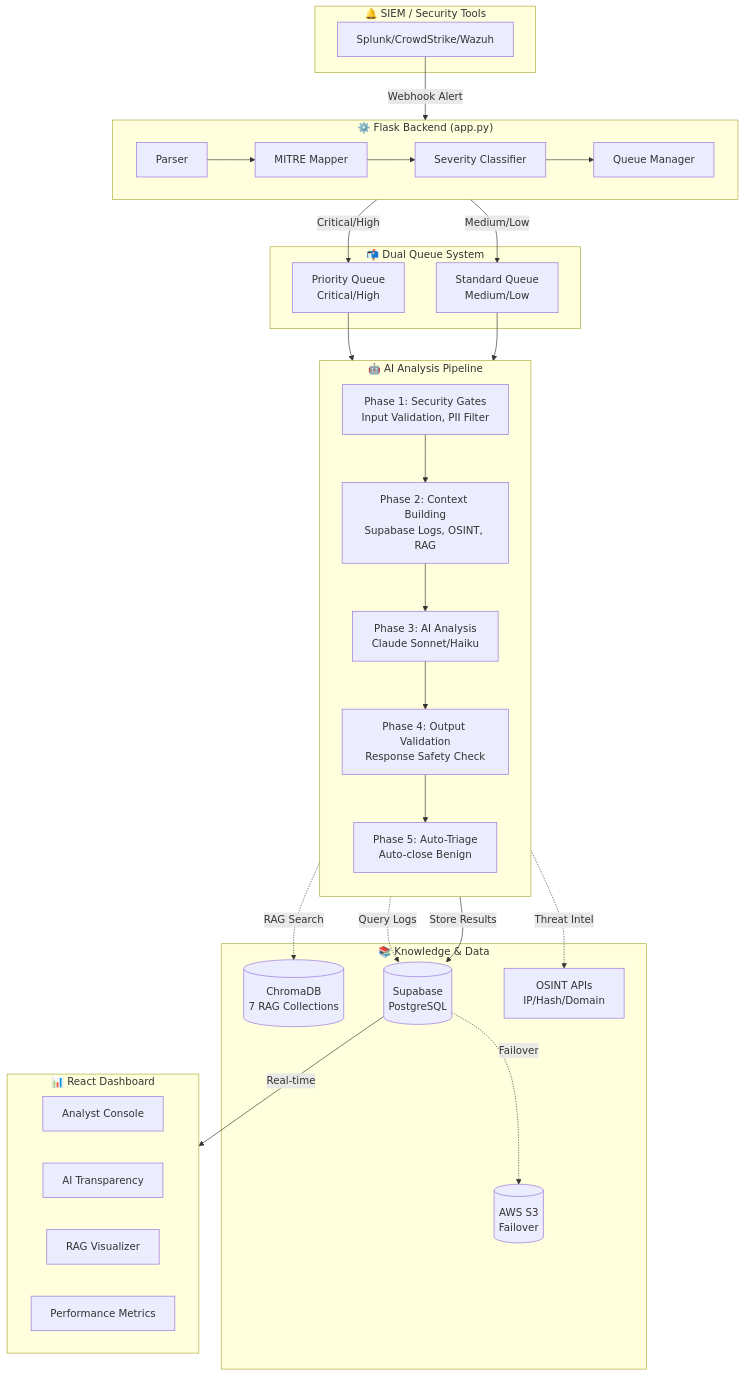
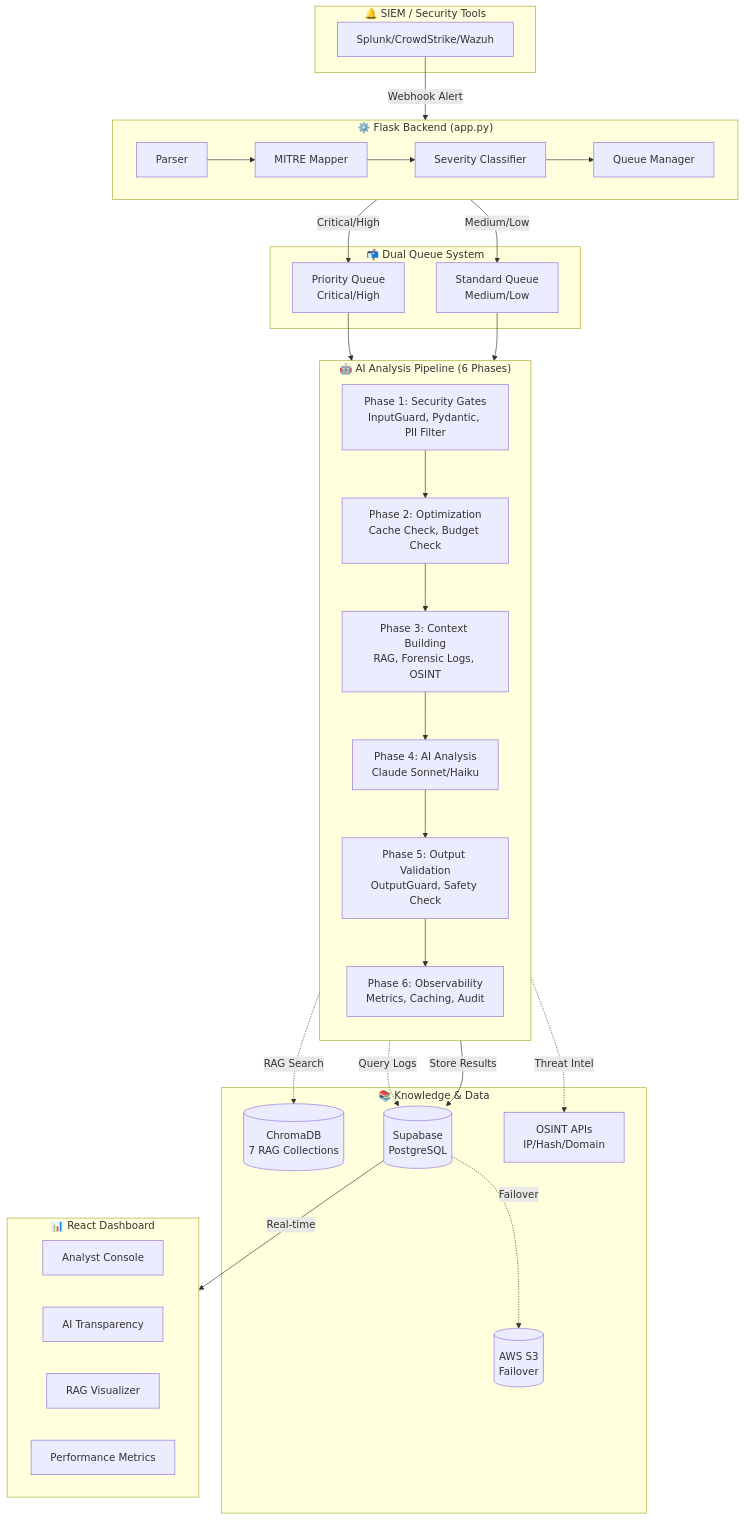
Before and after one commit to karanam61/LLM-watchdog-prototype: the diagram in README.md, drawn with Mermaid. The commit also changed other lines of this file and 1 other file, not shown here.

Commit message:
fix: correct AI pipeline diagram to 6 phases (was incorrectly showing 5)
- Phase 1: Security Gates (InputGuard, Pydantic, PII Filter)
- Phase 2: Optimization (Cache Check, Budget Check) - WAS MISSING
- Phase 3: Context Building (RAG, Forensic Logs, OSINT)
- Phase 4: AI Analysis (Claude Sonnet/Haiku)
- Phase 5: Output Validation (OutputGuard, Safety Check)
- Phase 6: Observability (Metrics, Caching, Audit) - WAS MISSING

Removed incorrect 'Auto-Triage' as pipeline phase (it's post-pipeline logic in app.py)

Amp-Thread-ID: https://ampcode.com/threads/T-019c1ac6-f070-7137-8681-2a1f56b40a73

````diff
--- a/README.md
+++ b/README.md
@@ -35,56 +35,57 @@
 ```mermaid
 flowchart TB
     subgraph SIEM["🔔 SIEM / Security Tools"]
         splunk[Splunk/CrowdStrike/Wazuh]
     end
 
     subgraph Backend["⚙️ Flask Backend (app.py)"]
         direction LR
         parser[Parser]
         mitre[MITRE Mapper]
         severity[Severity Classifier]
         queue[Queue Manager]
         parser --> mitre --> severity --> queue
     end
 
     subgraph Queues["📬 Dual Queue System"]
         priority[Priority Queue<br/>Critical/High]
         standard[Standard Queue<br/>Medium/Low]
     end
 
-    subgraph AI["🤖 AI Analysis Pipeline"]
+    subgraph AI["🤖 AI Analysis Pipeline (6 Phases)"]
         direction TB
-        phase1[Phase 1: Security Gates<br/>Input Validation, PII Filter]
-        phase2[Phase 2: Context Building<br/>Supabase Logs, OSINT, RAG]
-        phase3[Phase 3: AI Analysis<br/>Claude Sonnet/Haiku]
-        phase4[Phase 4: Output Validation<br/>Response Safety Check]
-        phase5[Phase 5: Auto-Triage<br/>Auto-close Benign]
-        phase1 --> phase2 --> phase3 --> phase4 --> phase5
+        phase1[Phase 1: Security Gates<br/>InputGuard, Pydantic, PII Filter]
+        phase2[Phase 2: Optimization<br/>Cache Check, Budget Check]
+        phase3[Phase 3: Context Building<br/>RAG, Forensic Logs, OSINT]
+        phase4[Phase 4: AI Analysis<br/>Claude Sonnet/Haiku]
+        phase5[Phase 5: Output Validation<br/>OutputGuard, Safety Check]
+        phase6[Phase 6: Observability<br/>Metrics, Caching, Audit]
+        phase1 --> phase2 --> phase3 --> phase4 --> phase5 --> phase6
     end
 
     subgraph Knowledge["📚 Knowledge & Data"]
         chromadb[(ChromaDB<br/>7 RAG Collections)]
         supabase[(Supabase<br/>PostgreSQL)]
         s3[(AWS S3<br/>Failover)]
         osint[OSINT APIs<br/>IP/Hash/Domain]
     end
 
     subgraph Dashboard["📊 React Dashboard"]
         analyst[Analyst Console]
         transparency[AI Transparency]
         rag_viz[RAG Visualizer]
         perf[Performance Metrics]
     end
 
     splunk -->|Webhook Alert| parser
     queue -->|Critical/High| priority
     queue -->|Medium/Low| standard
     priority --> phase1
     standard --> phase1
-    phase2 -.->|Query Logs| supabase
-    phase2 -.->|Threat Intel| osint
-    phase2 -.->|RAG Search| chromadb
-    phase5 -->|Store Results| supabase
+    phase3 -.->|Query Logs| supabase
+    phase3 -.->|Threat Intel| osint
+    phase3 -.->|RAG Search| chromadb
+    phase6 -->|Store Results| supabase
     supabase -.->|Failover| s3
     supabase -->|Real-time| Dashboard
 ```
````
